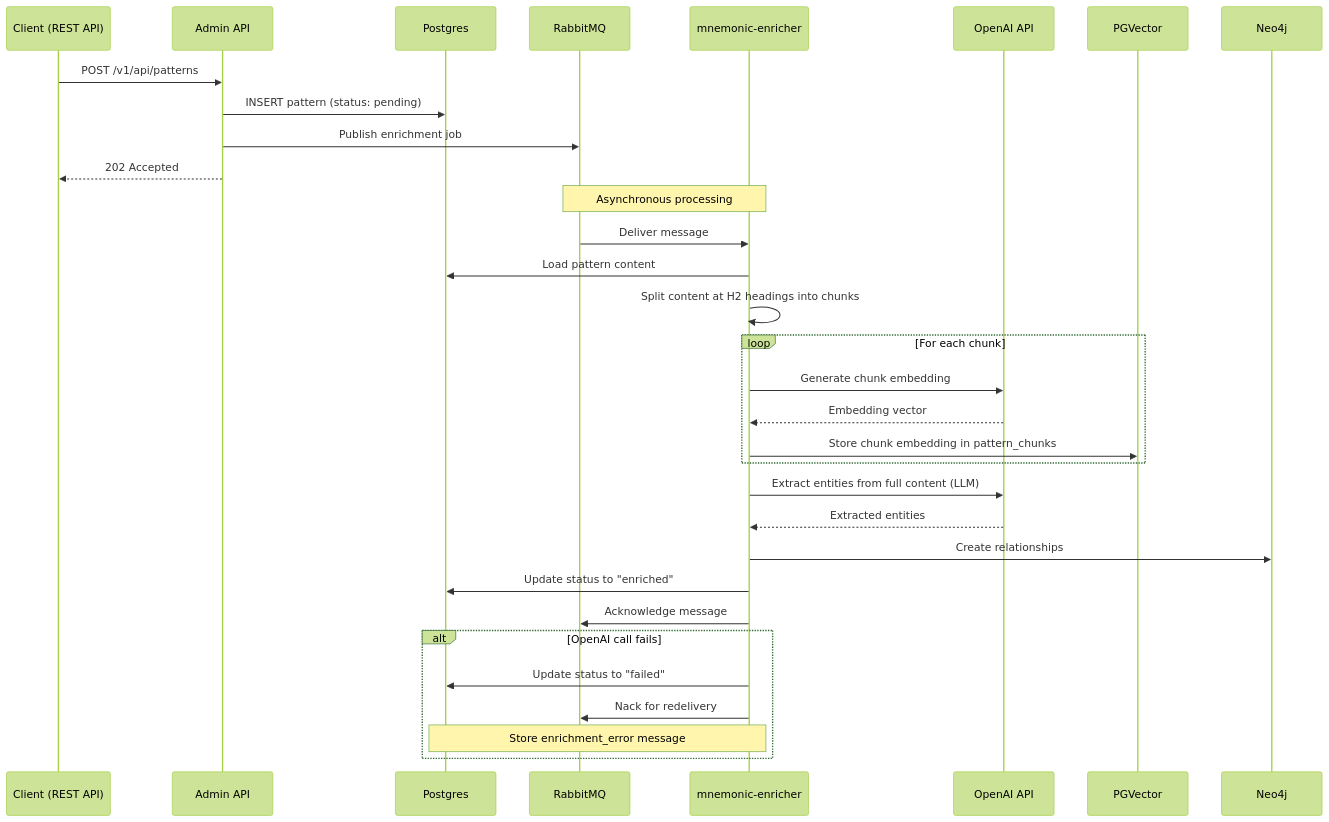
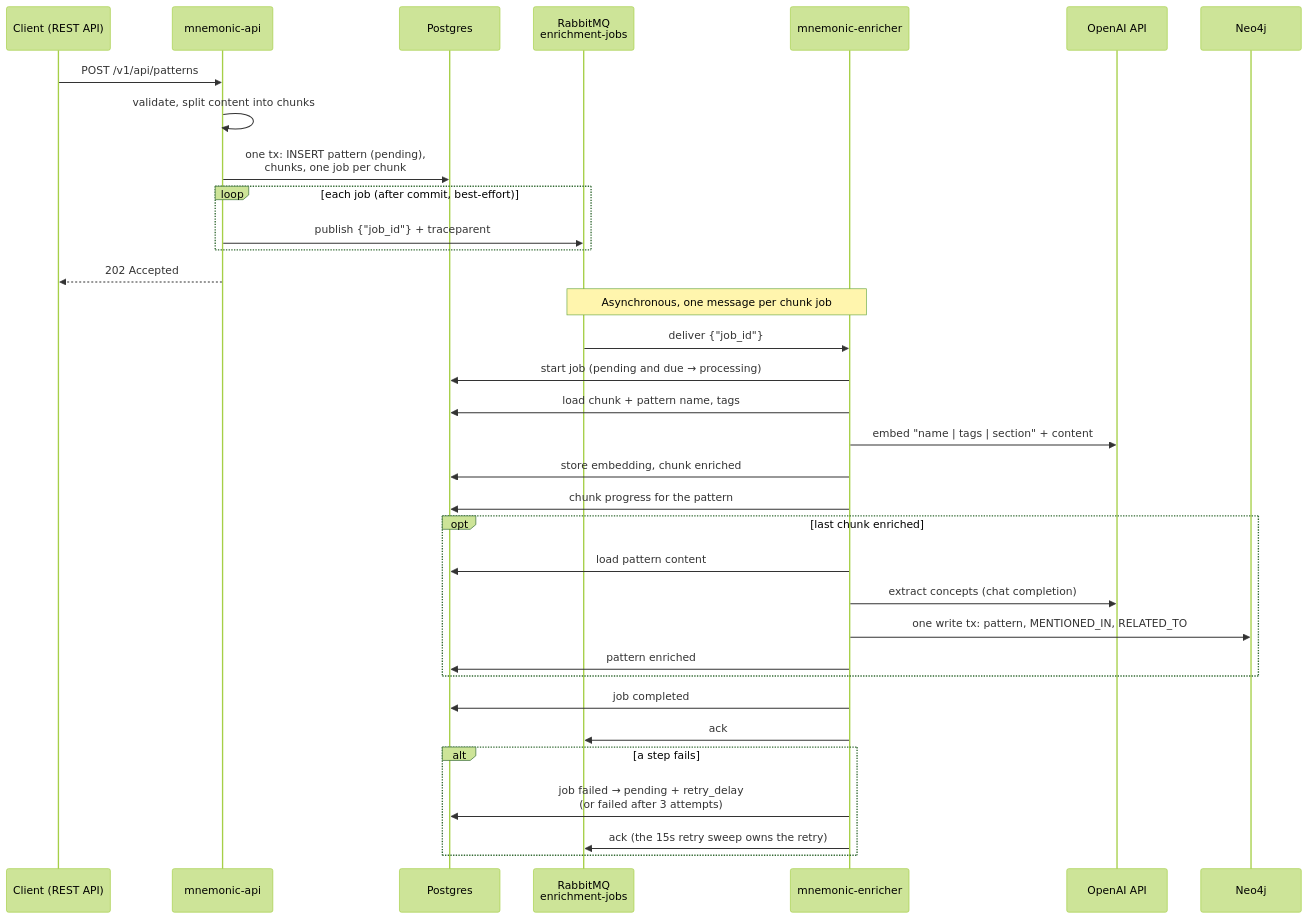
Before and after one commit to twistingmercury/mnemonic-docs: the first of 5 diagrams in docs/design/pattern-processing.md, drawn with Mermaid (forest theme). The commit also changed other lines of this file and 41 other files, not shown here.

````diff
--- a/docs/design/pattern-processing.md
+++ b/docs/design/pattern-processing.md
@@ -64,38 +81,40 @@
 ```mermaid
 sequenceDiagram
     participant Client as Client (REST API)
-    participant API as Admin API
+    participant API as mnemonic-api
     participant PG as Postgres
-    participant RMQ as RabbitMQ
+    participant RMQ as RabbitMQ<br/>enrichment-jobs
     participant Enricher as mnemonic-enricher
     participant OpenAI as OpenAI API
-    participant PGV as PGVector
     participant Neo4j as Neo4j
 
     Client->>API: POST /v1/api/patterns
-    API->>PG: INSERT pattern (status: pending)
-    API->>RMQ: Publish enrichment job
+    API->>API: validate, split content into chunks
+    API->>PG: one tx: INSERT pattern (pending),<br/>chunks, one job per chunk
+    loop each job (after commit, best-effort)
+        API->>RMQ: publish {"job_id"} + traceparent
+    end
     API-->>Client: 202 Accepted
 
-    Note over RMQ,Enricher: Asynchronous processing
+    Note over RMQ,Enricher: Asynchronous, one message per chunk job
 
-    RMQ->>Enricher: Deliver message
-    Enricher->>PG: Load pattern content
-    Enricher->>Enricher: Split content at H2 headings into chunks
-    loop For each chunk
-        Enricher->>OpenAI: Generate chunk embedding
-        OpenAI-->>Enricher: Embedding vector
-        Enricher->>PGV: Store chunk embedding in pattern_chunks
+    RMQ->>Enricher: deliver {"job_id"}
+    Enricher->>PG: start job (pending and due → processing)
+    Enricher->>PG: load chunk + pattern name, tags
+    Enricher->>OpenAI: embed "name | tags | section" + content
+    Enricher->>PG: store embedding, chunk enriched
+    Enricher->>PG: chunk progress for the pattern
+    opt last chunk enriched
+        Enricher->>PG: load pattern content
+        Enricher->>OpenAI: extract concepts (chat completion)
+        Enricher->>Neo4j: one write tx: pattern, MENTIONED_IN, RELATED_TO
+        Enricher->>PG: pattern enriched
     end
-    Enricher->>OpenAI: Extract entities from full content (LLM)
-    OpenAI-->>Enricher: Extracted entities
-    Enricher->>Neo4j: Create relationships
-    Enricher->>PG: Update status to "enriched"
-    Enricher->>RMQ: Acknowledge message
+    Enricher->>PG: job completed
+    Enricher->>RMQ: ack
 
-    alt OpenAI call fails
-        Enricher->>PG: Update status to "failed"
-        Enricher->>RMQ: Nack for redelivery
-        Note over Enricher,PG: Store enrichment_error message
+    alt a step fails
+        Enricher->>PG: job failed → pending + retry_delay<br/>(or failed after 3 attempts)
+        Enricher->>RMQ: ack (the 15s retry sweep owns the retry)
     end
 ```
````
